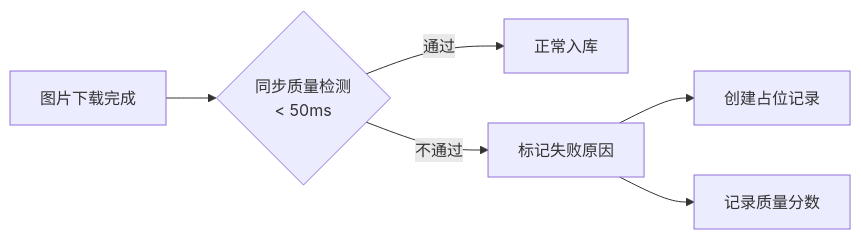
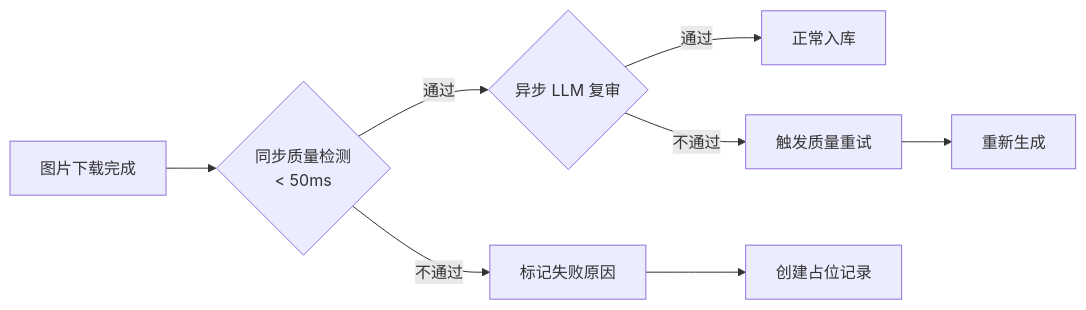
One commit to JackWPP/smartphoto_backend changed the fourth of 7 diagrams in docs/pipeline_improvement_工作总结.md. Above: the diagram before and after it, drawn with Mermaid. The commit also changed other lines of this file and 11 other files, not shown here.

````diff
--- a/docs/pipeline_improvement_工作总结.md
+++ b/docs/pipeline_improvement_工作总结.md
@@ -117,8 +132,10 @@
 ```mermaid
 flowchart LR
     A[图片下载完成] --> B{同步质量检测<br>< 50ms}
-    B -->|通过| C[正常入库]
+    B -->|通过| C{异步 LLM 复审}
     B -->|不通过| D[标记失败原因]
-    D --> E[创建占位记录]
-    D --> F[记录质量分数]
+    C -->|通过| E[正常入库]
+    C -->|不通过| F[触发质量重试]
+    F --> G[重新生成]
+    D --> H[创建占位记录]
 ```
````
